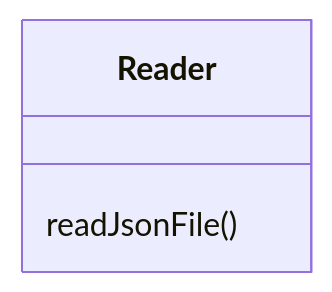
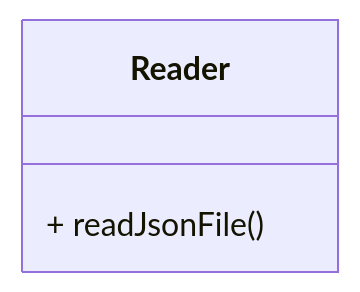
The second of 4 diagrams in README.md (EslebanPerez/Visual-Thinking-API), drawn with Mermaid before and after one commit. The commit also changed other lines of this file, not shown here.

````diff
--- a/README.md
+++ b/README.md
@@ -47,7 +47,7 @@
 ``` mermaid
 classDiagram
 class Reader {
-  readJsonFile()
+  + readJsonFile()
 
 }
 ```
````
